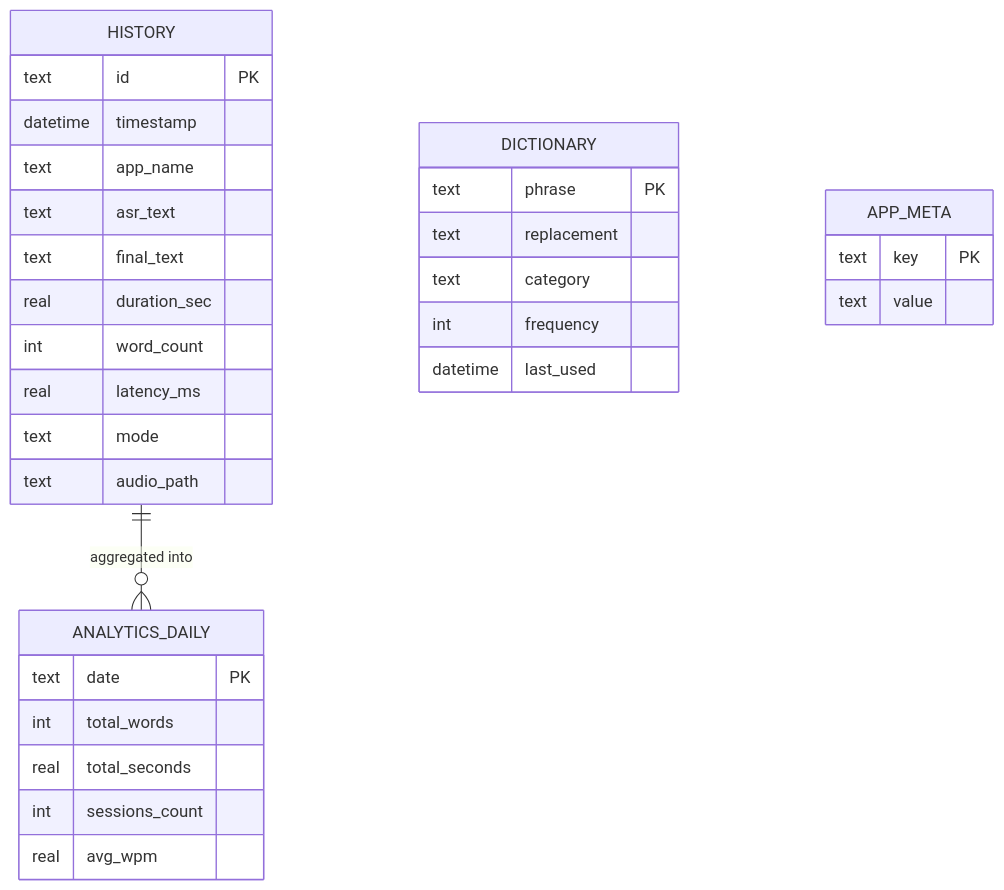
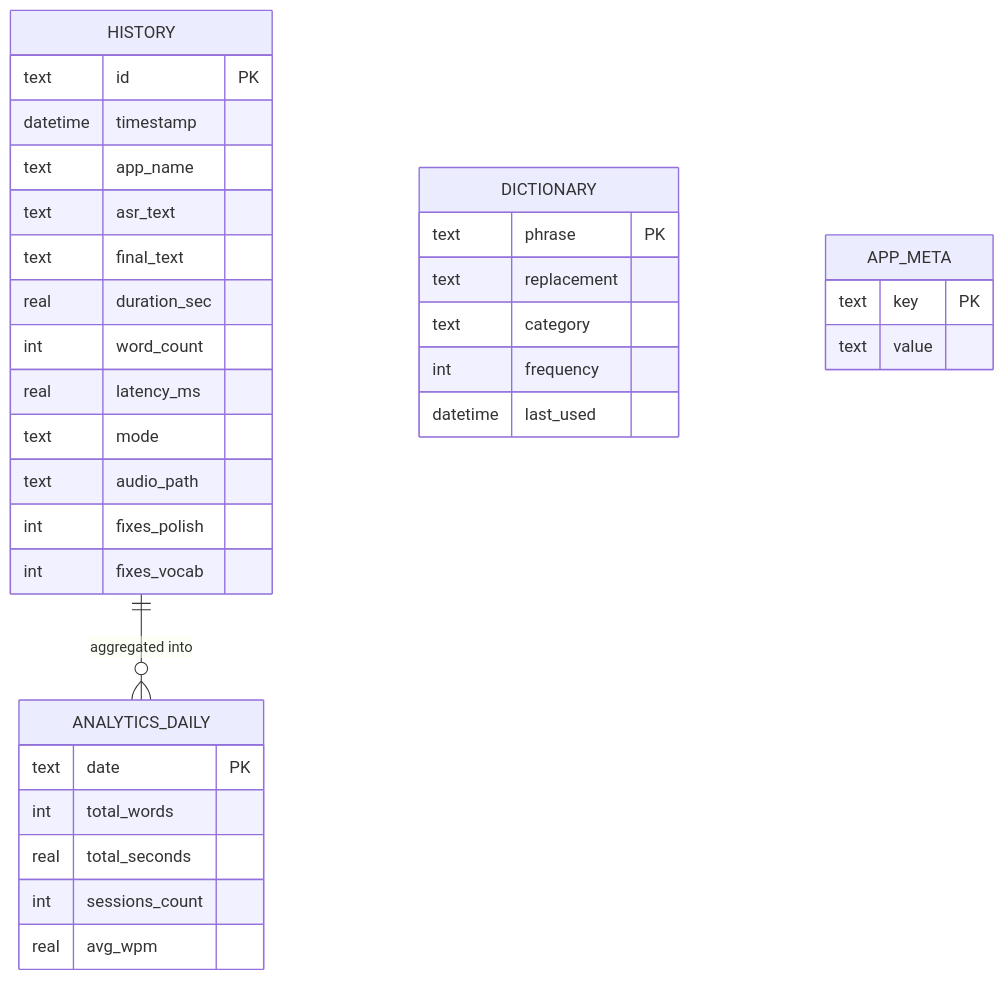
One commit to abrar225/FixoFlow changed the diagram in docs/05-backend-schema.md. Above: the diagram before and after it, drawn with Mermaid. The commit also changed other lines of this file and 23 other files, not shown here.

````diff
--- a/docs/05-backend-schema.md
+++ b/docs/05-backend-schema.md
@@ -110,34 +115,36 @@
 ```mermaid
 erDiagram
     HISTORY {
         text id PK
         datetime timestamp
         text app_name
         text asr_text
         text final_text
         real duration_sec
         int word_count
         real latency_ms
         text mode
         text audio_path
+        int fixes_polish
+        int fixes_vocab
     }
     DICTIONARY {
         text phrase PK
         text replacement
         text category
         int frequency
         datetime last_used
     }
     ANALYTICS_DAILY {
         text date PK
         int total_words
         real total_seconds
         int sessions_count
         real avg_wpm
     }
     APP_META {
         text key PK
         text value
     }
     HISTORY ||--o{ ANALYTICS_DAILY : "aggregated into"
 ```
````
